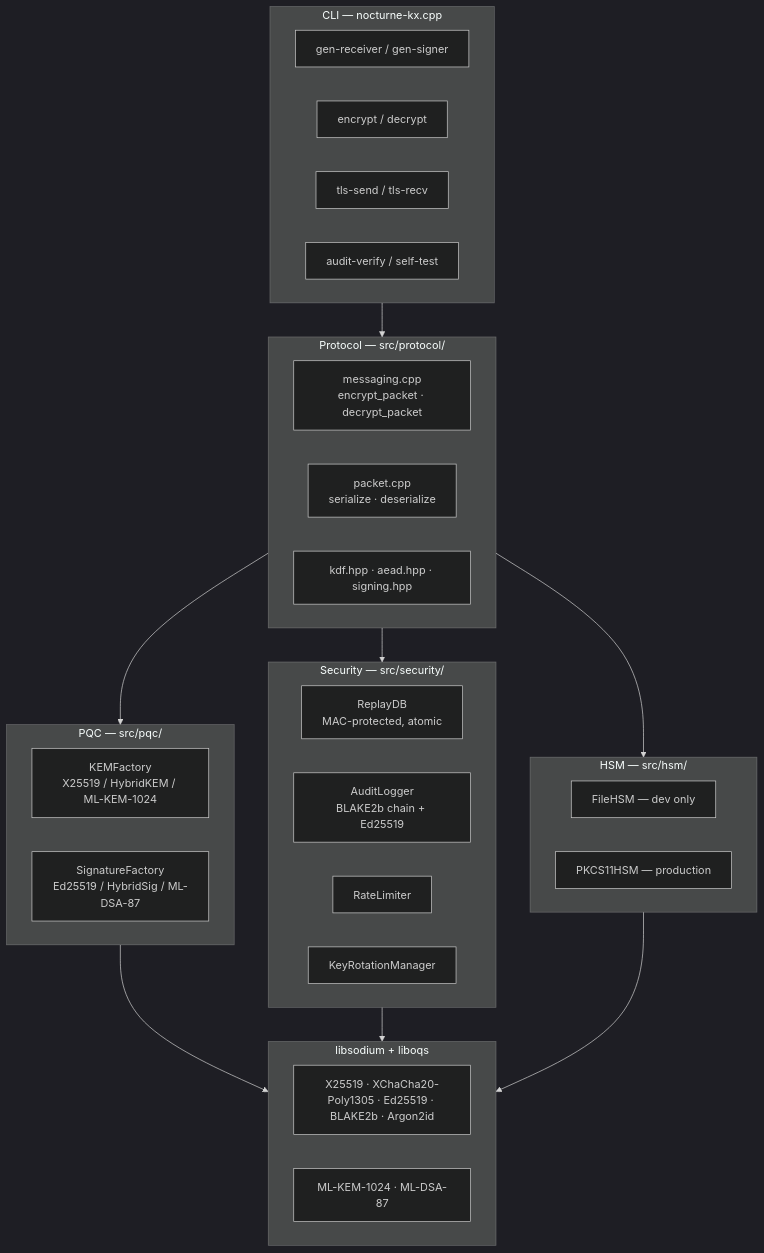
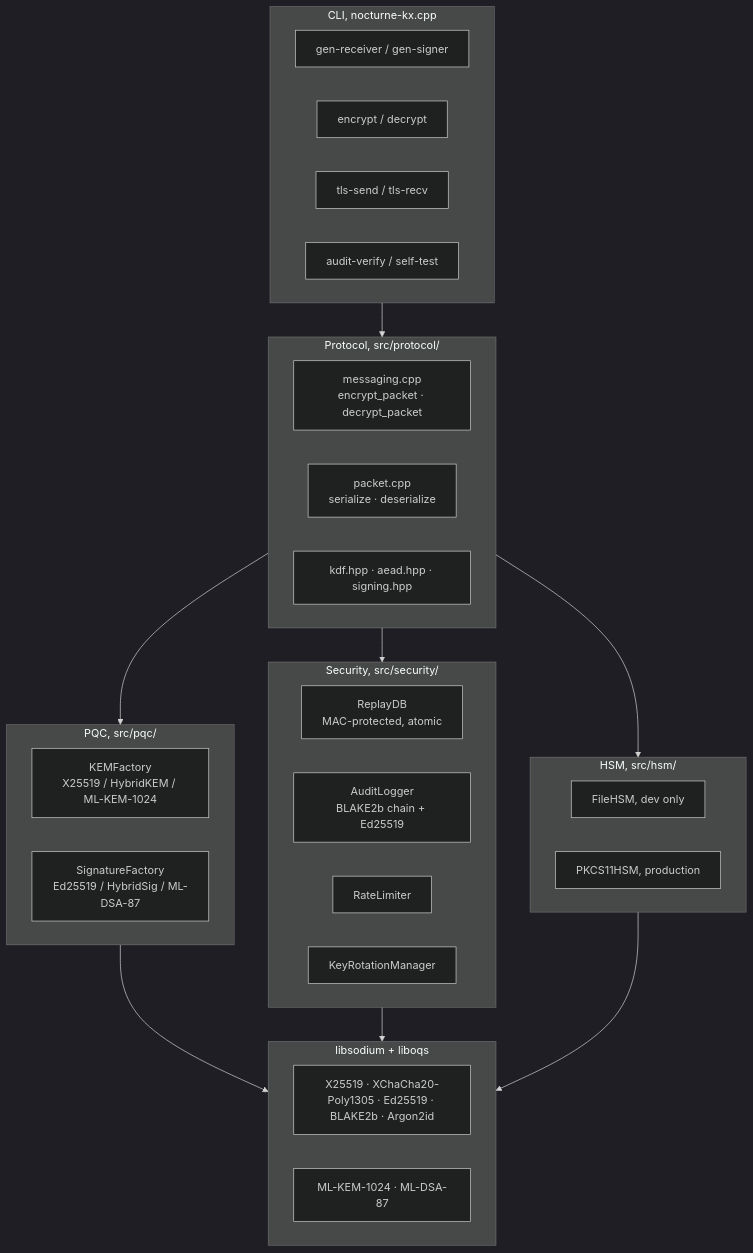
One commit to Bufffer/nocturne-kx changed the first of 3 diagrams in docs/architecture.md. Above: the diagram before and after it, drawn with Mermaid (dark theme). The commit also changed other lines of this file and 27 other files, not shown here.

First line of the commit message:
docs(p7.3): strip em-dashes + animated Mermaid theming

````diff
--- a/docs/architecture.md
+++ b/docs/architecture.md
@@ -16,45 +16,45 @@
 ```mermaid
 flowchart TB
-  subgraph CLI["CLI — nocturne-kx.cpp"]
+  subgraph CLI["CLI, nocturne-kx.cpp"]
     A1[gen-receiver / gen-signer]
     A2[encrypt / decrypt]
     A3[tls-send / tls-recv]
     A4[audit-verify / self-test]
   end
 
-  subgraph Protocol["Protocol — src/protocol/"]
+  subgraph Protocol["Protocol, src/protocol/"]
     B1[messaging.cpp<br/>encrypt_packet · decrypt_packet]
     B2[packet.cpp<br/>serialize · deserialize]
     B3[kdf.hpp · aead.hpp · signing.hpp]
   end
 
-  subgraph PQC["PQC — src/pqc/"]
+  subgraph PQC["PQC, src/pqc/"]
     C1[KEMFactory<br/>X25519 / HybridKEM / ML-KEM-1024]
     C2[SignatureFactory<br/>Ed25519 / HybridSig / ML-DSA-87]
   end
 
-  subgraph Security["Security — src/security/"]
+  subgraph Security["Security, src/security/"]
     D1[ReplayDB<br/>MAC-protected, atomic]
     D2[AuditLogger<br/>BLAKE2b chain + Ed25519]
     D3[RateLimiter]
     D4[KeyRotationManager]
   end
 
-  subgraph HSM["HSM — src/hsm/"]
-    E1[FileHSM — dev only]
-    E2[PKCS11HSM — production]
+  subgraph HSM["HSM, src/hsm/"]
+    E1[FileHSM, dev only]
+    E2[PKCS11HSM, production]
   end
 
   subgraph Sodium["libsodium + liboqs"]
     F1[X25519 · XChaCha20-Poly1305 · Ed25519 · BLAKE2b · Argon2id]
     F2[ML-KEM-1024 · ML-DSA-87]
   end
 
   CLI --> Protocol
   Protocol --> PQC
   Protocol --> Security
   Protocol --> HSM
   PQC --> Sodium
   Security --> Sodium
   HSM --> Sodium
 ```
````
